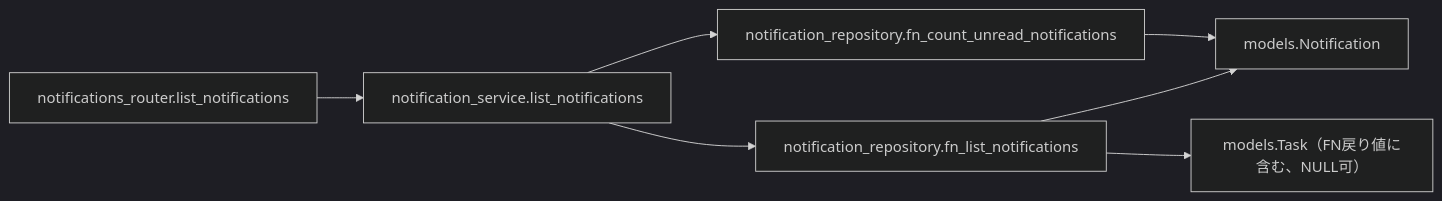
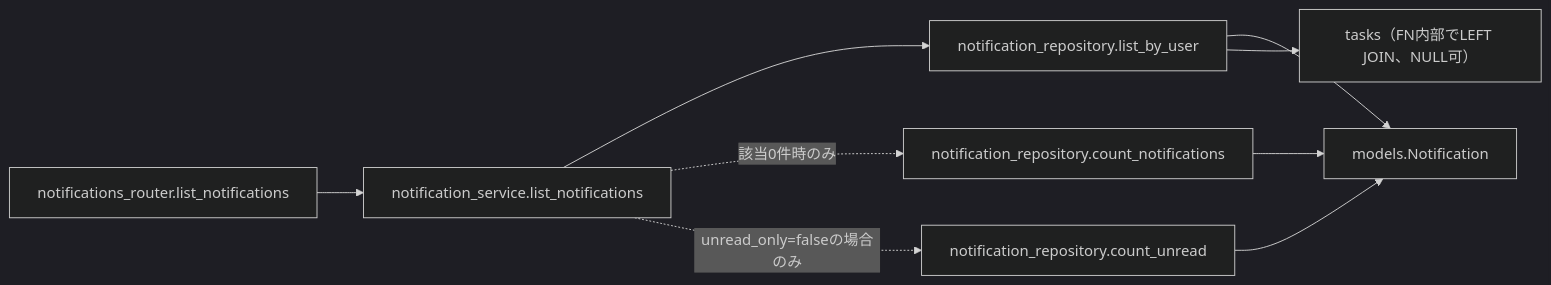
Before and after one commit to oikawa-d/task_management: the third of 4 diagrams in docs/detailed_design/api/notifications/01_get_notifications.md, drawn with Mermaid (dark theme). The commit also changed other lines of this file and 10 other files, not shown here.

````diff
--- a/docs/detailed_design/api/notifications/01_get_notifications.md
+++ b/docs/detailed_design/api/notifications/01_get_notifications.md
@@ -200,9 +211,11 @@
 ```mermaid
 flowchart LR
     R["notifications_router.list_notifications"] --> S["notification_service.list_notifications"]
-    S --> NR1["notification_repository.fn_list_notifications"]
-    S --> NR3["notification_repository.fn_count_unread_notifications"]
+    S --> NR1["notification_repository.list_by_user"]
+    S -.->|"該当0件時のみ"| NR2["notification_repository.count_notifications"]
+    S -.->|"unread_only=falseの場合のみ"| NR3["notification_repository.count_unread"]
     NR1 --> M["models.Notification"]
-    NR1 --> MT["models.Task（FN戻り値に含む、NULL可）"]
+    NR1 --> MT["tasks（FN内部でLEFT JOIN、NULL可）"]
+    NR2 --> M
     NR3 --> M
 ```
````
